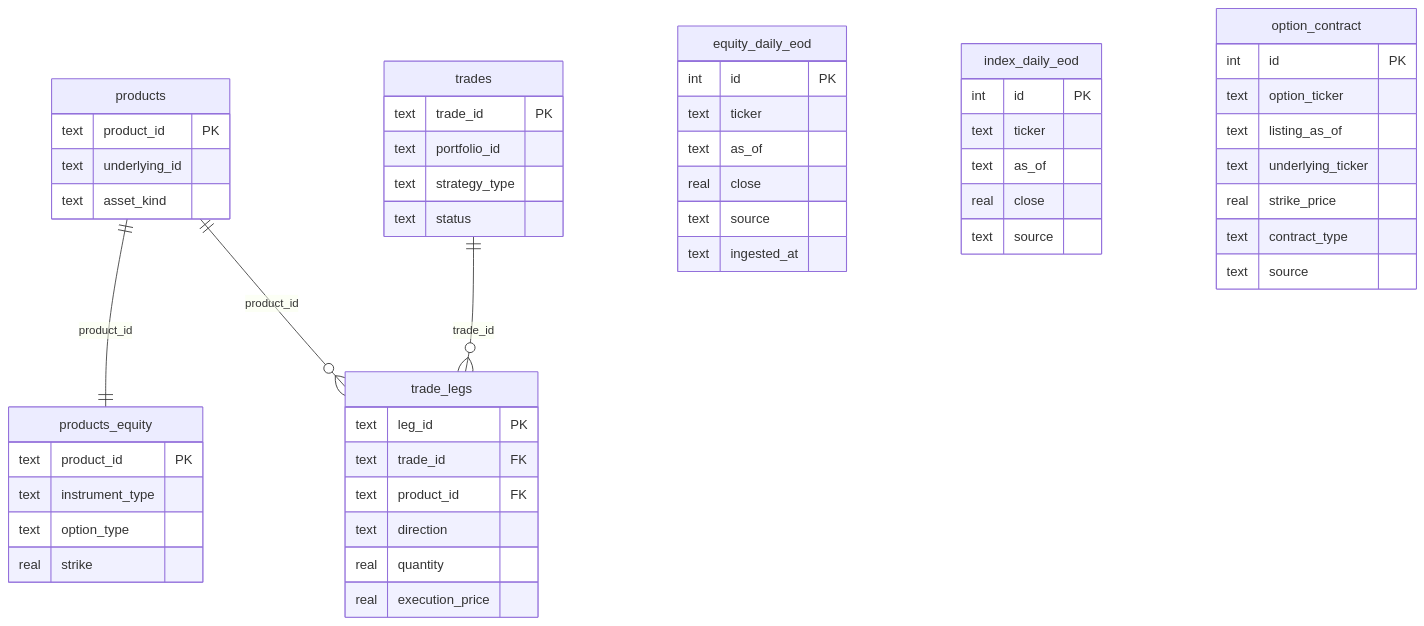
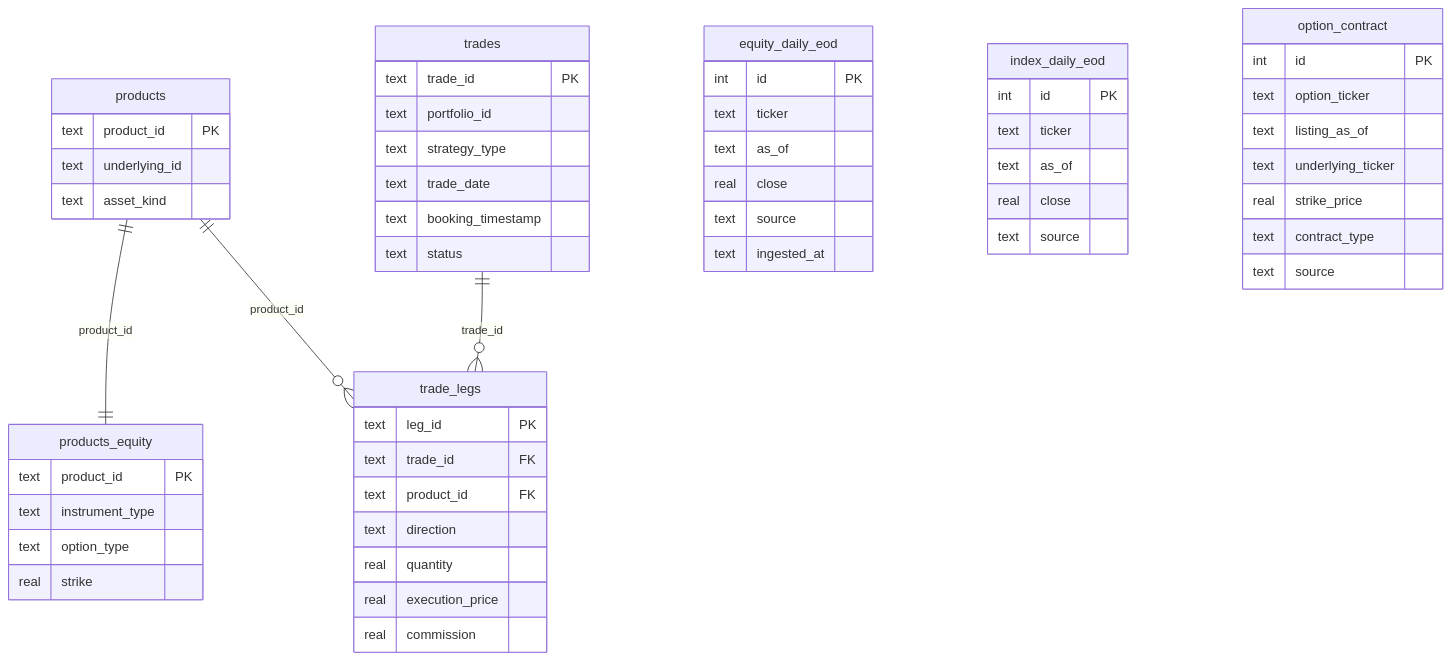
The eighth of 11 diagrams in docs/architecture.md (krzysiekbienias/numeraire), drawn with Mermaid before and after one commit. The commit also changed other lines of this file and 7 other files, not shown here.

First line of the commit message:
feat(booking): implement booking repository for trade legs (not final)

````diff
--- a/docs/architecture.md
+++ b/docs/architecture.md
@@ -348,62 +348,65 @@
 ```mermaid
 erDiagram
     products ||--|| products_equity : product_id
     trades ||--o{ trade_legs : trade_id
     products ||--o{ trade_legs : product_id
 
     equity_daily_eod {
         int id PK
         text ticker
         text as_of
         real close
         text source
         text ingested_at
     }
 
     index_daily_eod {
         int id PK
         text ticker
         text as_of
         real close
         text source
     }
 
     option_contract {
         int id PK
         text option_ticker
         text listing_as_of
         text underlying_ticker
         real strike_price
         text contract_type
         text source
     }
 
     products {
         text product_id PK
         text underlying_id
         text asset_kind
     }
 
     products_equity {
         text product_id PK
         text instrument_type
         text option_type
         real strike
     }
 
     trades {
         text trade_id PK
         text portfolio_id
         text strategy_type
+        text trade_date
+        text booking_timestamp
         text status
     }
 
     trade_legs {
         text leg_id PK
         text trade_id FK
         text product_id FK
         text direction
         real quantity
         real execution_price
+        real commission
     }
 ```
````
